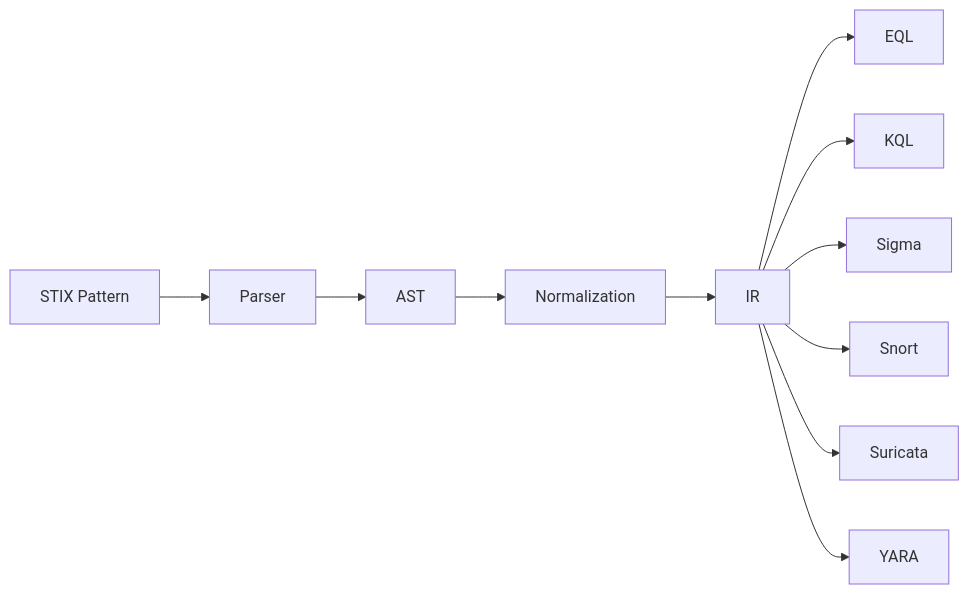
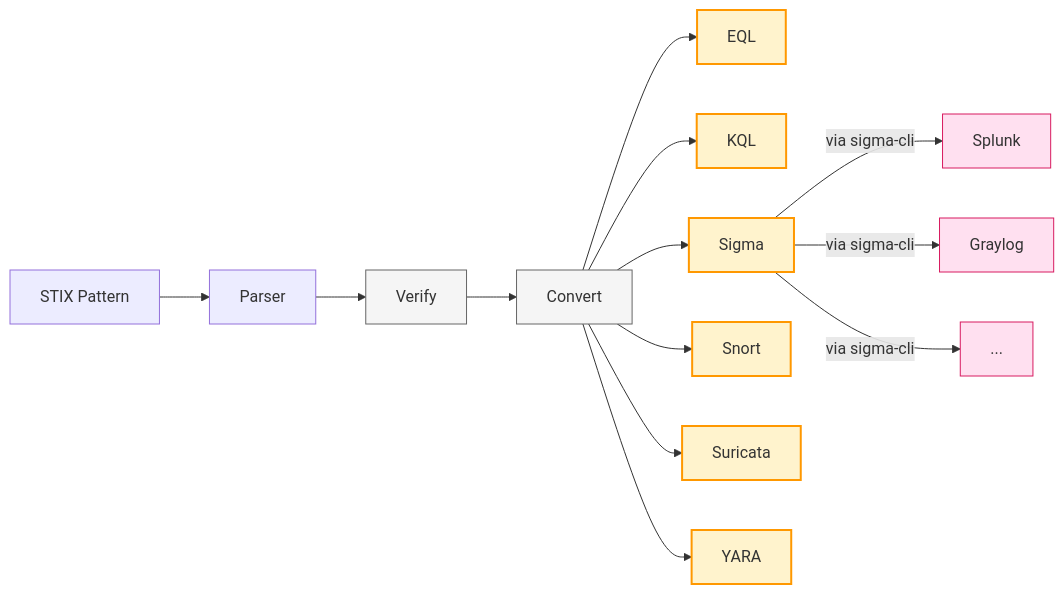
The first of 2 diagrams in README.md (febrezo/spuc), drawn with Mermaid before and after one commit. The commit also changed other lines of this file and 6 other files, not shown here.

````diff
--- a/README.md
+++ b/README.md
@@ -5,13 +5,24 @@
 ```mermaid
 flowchart LR
   A[STIX Pattern] --> B[Parser]
-  B --> C[AST]
-  C --> D[Normalization]
-  D --> E[IR]
+  B --> C[Verify]
+  C --> E[Convert]
   E --> F[EQL]
   E --> G[KQL]
   E --> H[Sigma]
   E --> I[Snort]
   E --> J[Suricata]
   E --> K[YARA]
+  H -->|via sigma-cli| L[Splunk]
+  H -->|via sigma-cli| M[Graylog]
+  H -->|via sigma-cli| Z[...]
+
+  classDef stix fill:#e8f4ff,stroke:#1f6feb,stroke-width:2px
+  classDef command fill:#f5f5f5,stroke:#666
+  classDef targets fill:#fff3cd,stroke:#ff9800,stroke-width:2px
+  classDef sigmaTargets fill:#ffe0f0,stroke:#d81b60
+
+  class C,E command
+  class F,G,H,I,J,K targets
+  class L,M,Z sigmaTargets
 ```
````
